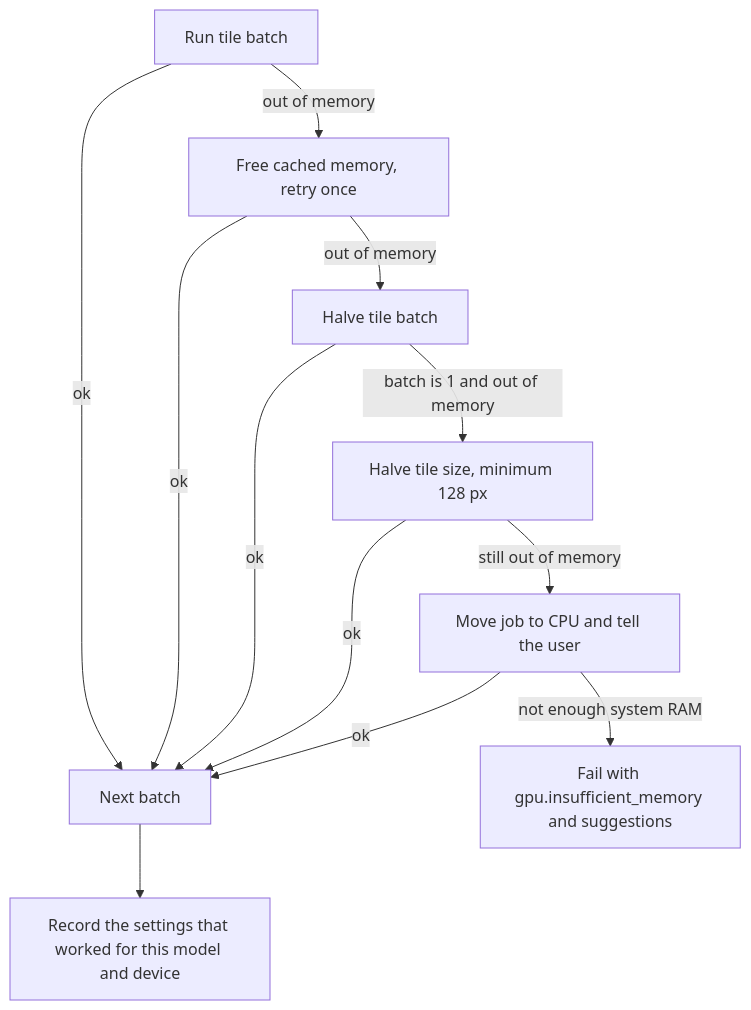
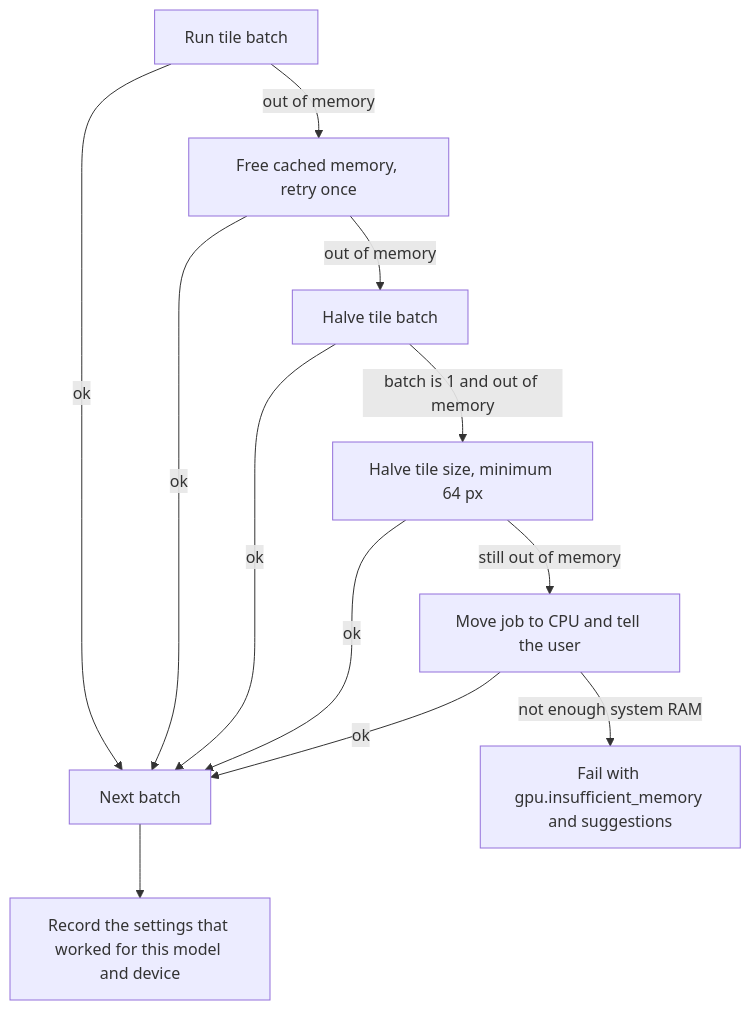
The fourth of 6 diagrams in docs/architecture.md (AmerZuher/Super-Image-Quality-Enhancer), drawn with Mermaid before and after one commit. The commit also changed other lines of this file and 24 other files, not shown here.

````diff
--- a/docs/architecture.md
+++ b/docs/architecture.md
@@ -247,14 +263,14 @@
 ```mermaid
 flowchart TD
   S[Run tile batch] -->|ok| N[Next batch]
   S -->|out of memory| A[Free cached memory, retry once]
   A -->|ok| N
   A -->|out of memory| B[Halve tile batch]
   B -->|ok| N
-  B -->|batch is 1 and out of memory| C[Halve tile size, minimum 128 px]
+  B -->|batch is 1 and out of memory| C[Halve tile size, minimum 64 px]
   C -->|ok| N
   C -->|still out of memory| D[Move job to CPU and tell the user]
   D -->|ok| N
   D -->|not enough system RAM| F[Fail with gpu.insufficient_memory and suggestions]
   N --> W[Record the settings that worked for this model and device]
 ```
````
